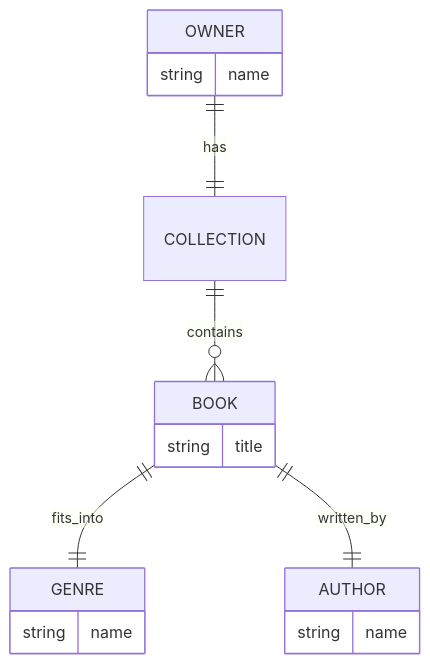
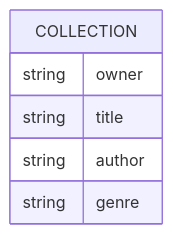
The diagram in README.md (zachchurchill/churchill-library), drawn with Mermaid before and after one commit. The commit also changed other lines of this file and 5 other files, not shown here.

````diff
--- a/README.md
+++ b/README.md
@@ -9,22 +14,9 @@
 ```mermaid
 erDiagram
-    OWNER {
-        string name
+    COLLECTION {
+        string owner
+        string title
+        string author
+        string genre
     }
-    COLLECTION {
-    }
-    BOOK {
-        string title
-    }
-    GENRE {
-        string name
-    }
-    AUTHOR {
-        string name
-    }
-
-    OWNER ||--|| COLLECTION: has
-    COLLECTION ||--o{ BOOK : contains
-    BOOK ||--|| GENRE : fits_into
-    BOOK ||--|| AUTHOR : written_by
 ```
````
